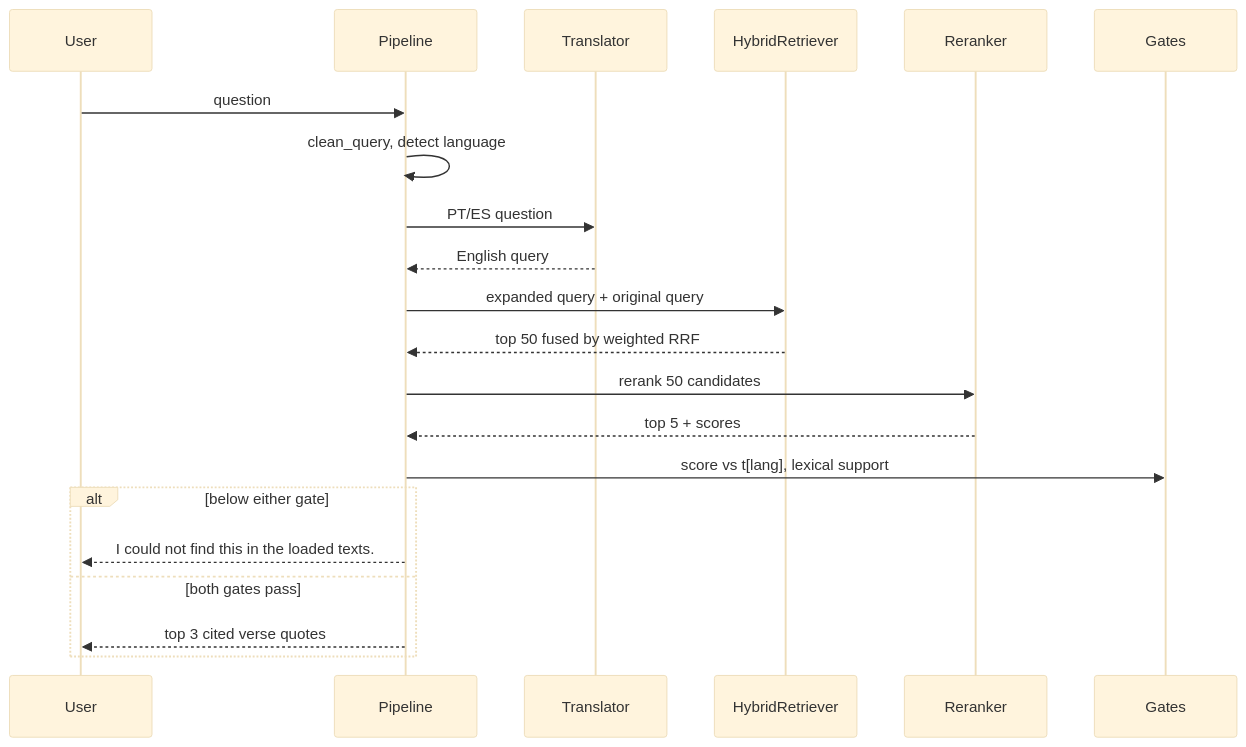
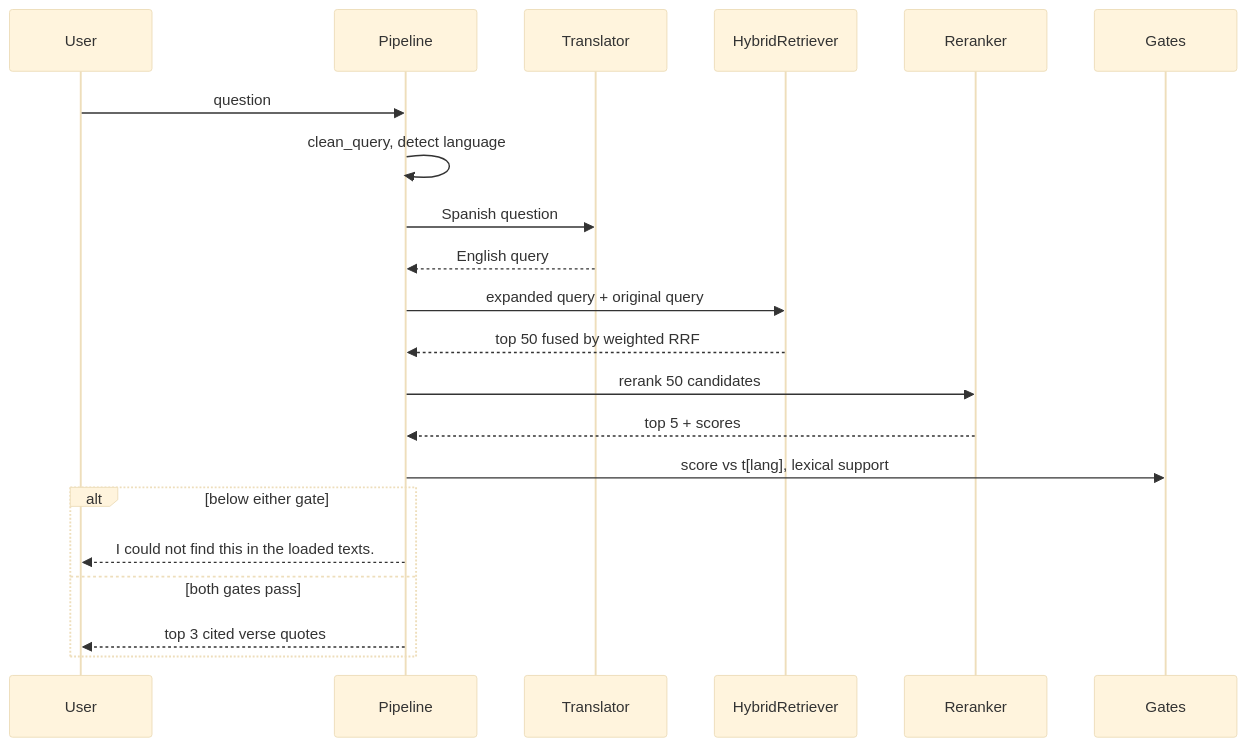
Before and after one commit to IgorCSIS/scripture-rag: the fourth of 9 diagrams in docs/ARCHITECTURE.md, drawn with Mermaid (base theme). The commit also changed other lines of this file and 6 other files, not shown here.

Commit message:
Launch languages are English and Spanish; Portuguese deferred in docs and diagrams

````diff
--- a/docs/ARCHITECTURE.md
+++ b/docs/ARCHITECTURE.md
@@ -66,23 +66,23 @@
 ```mermaid
 sequenceDiagram
   participant U as User
   participant P as Pipeline
   participant T as Translator
   participant R as HybridRetriever
   participant RR as Reranker
   participant G as Gates
   U->>P: question
   P->>P: clean_query, detect language
-  P->>T: PT/ES question
+  P->>T: Spanish question
   T-->>P: English query
   P->>R: expanded query + original query
   R-->>P: top 50 fused by weighted RRF
   P->>RR: rerank 50 candidates
   RR-->>P: top 5 + scores
   P->>G: score vs t[lang], lexical support
   alt below either gate
     P-->>U: I could not find this in the loaded texts.
   else both gates pass
     P-->>U: top 3 cited verse quotes
   end
 ```
````
